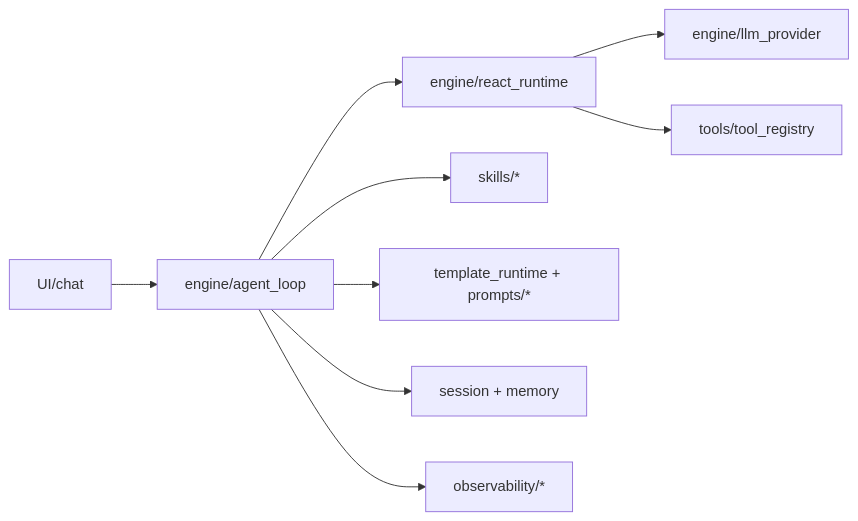
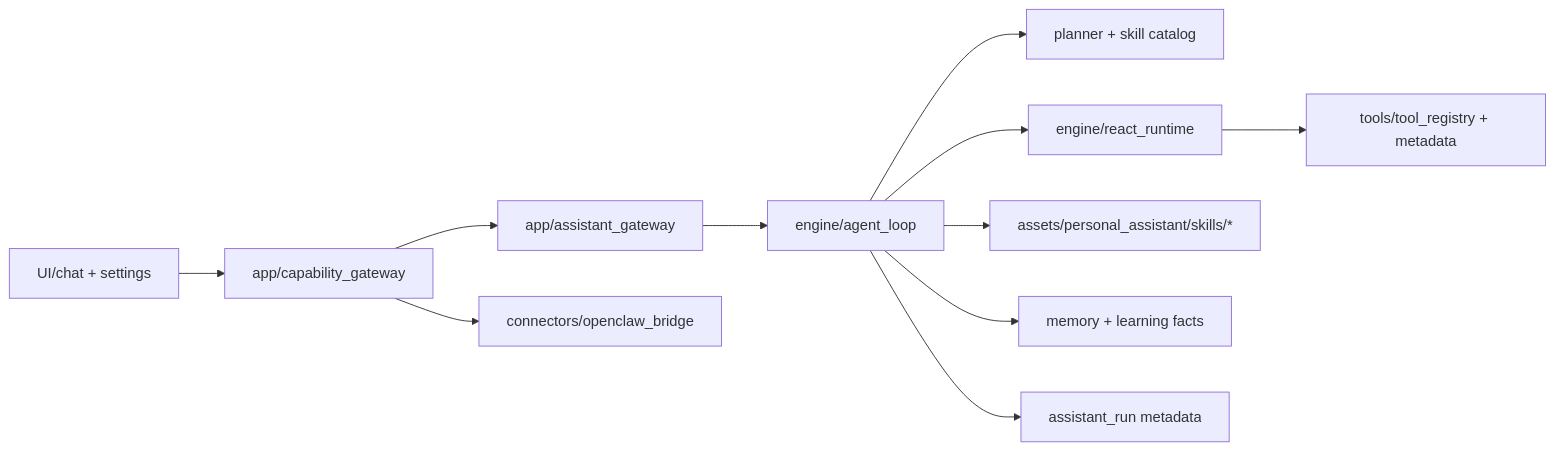
One commit to openstudio2022/quwoquan changed the first of 3 diagrams in specs/feature-tree/assistant-run-learning/world-class-trinity-experience-baseline/design.md. Above: the diagram before and after it, drawn with Mermaid. The commit also changed other lines of this file and 234 other files, not shown here.

````diff
--- a/specs/feature-tree/assistant-run-learning/world-class-trinity-experience-baseline/design.md
+++ b/specs/feature-tree/assistant-run-learning/world-class-trinity-experience-baseline/design.md
@@ -102,11 +596,13 @@
 ```mermaid
 flowchart LR
-  UI["UI/chat"] --> Loop["engine/agent_loop"]
-  Loop --> Runtime["engine/react_runtime"]
-  Runtime --> LLM["engine/llm_provider"]
-  Runtime --> Tools["tools/tool_registry"]
-  Loop --> Skill["skills/*"]
-  Loop --> Prompt["template_runtime + prompts/*"]
-  Loop --> Memory["session + memory"]
-  Loop --> Obs["observability/*"]
+  UI["UI/chat + settings"] --> CG["app/capability_gateway"]
+  CG --> AG["app/assistant_gateway"]
+  CG --> OCB["connectors/openclaw_bridge"]
+  AG --> LOOP["engine/agent_loop"]
+  LOOP --> PLANNER["planner + skill catalog"]
+  LOOP --> RUNTIME["engine/react_runtime"]
+  RUNTIME --> TOOLS["tools/tool_registry + metadata"]
+  LOOP --> SKILL["assets/personal_assistant/skills/*"]
+  LOOP --> MEMORY["memory + learning facts"]
+  LOOP --> META["assistant_run metadata"]
 ```
````
